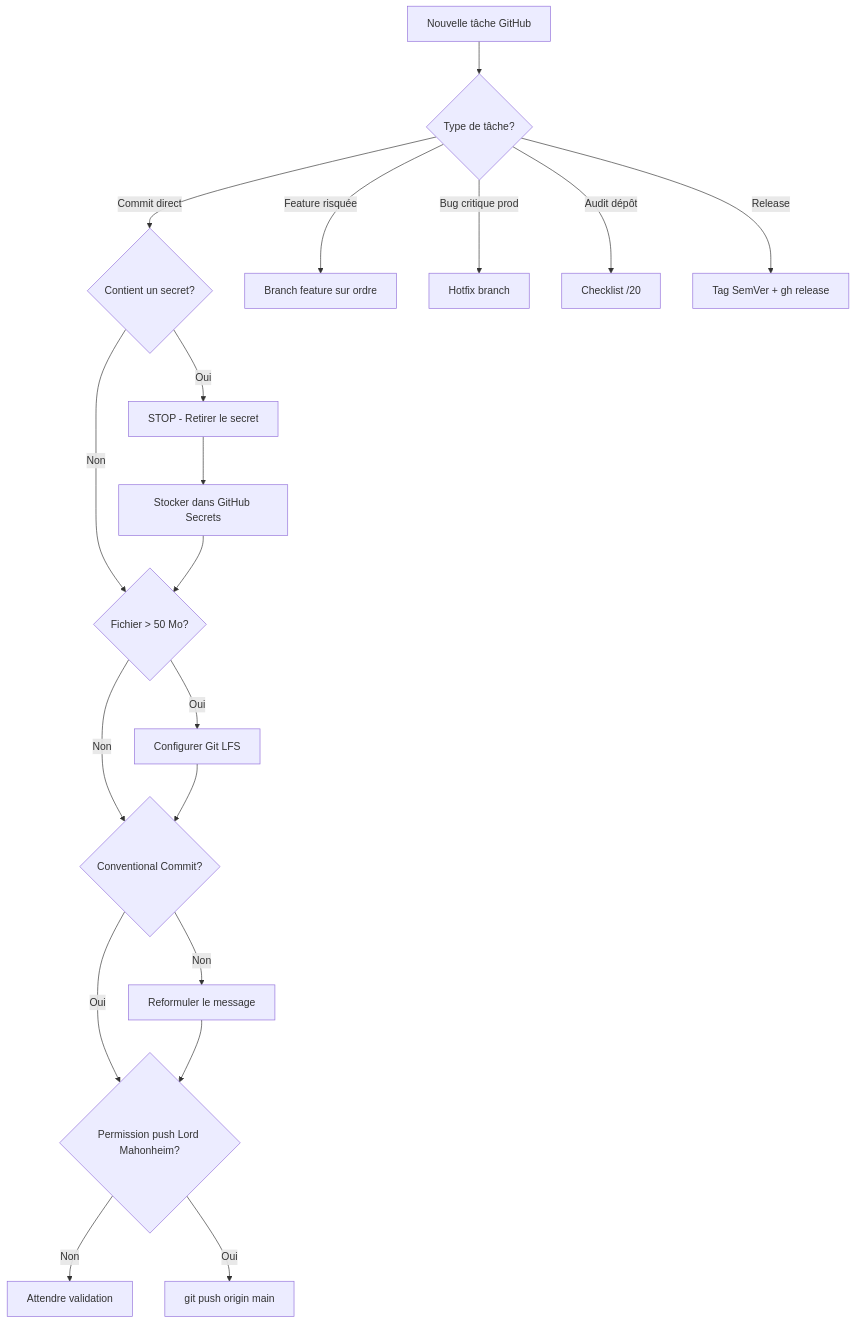
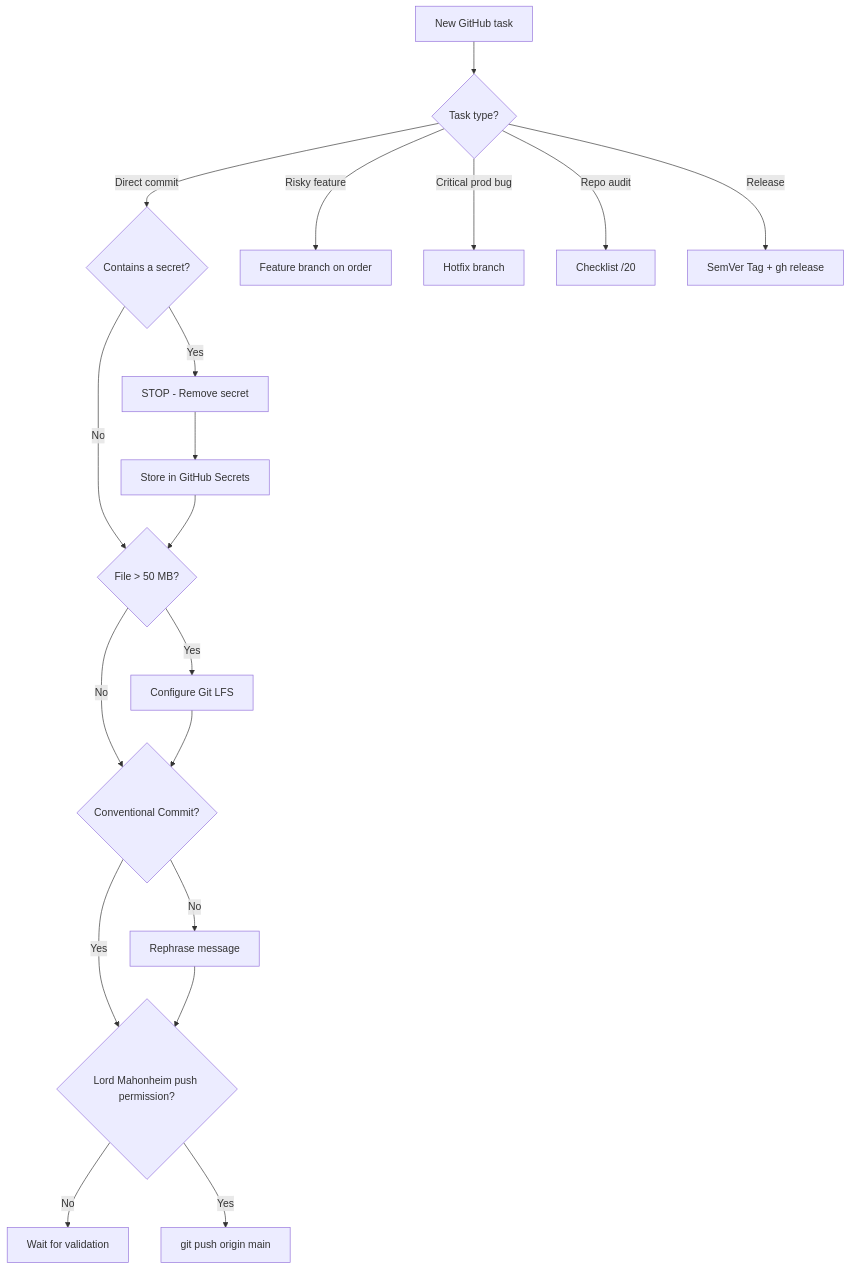
One commit to lordmahonheim-bot/Tesla-Antigravity-CLI changed the seventh of 7 diagrams in 48-Tesla-Github-MCP/tesla-github-manager/SKILL.md. Above: the diagram before and after it, drawn with Mermaid. The commit also changed other lines of this file and 1 other file, not shown here.

````diff
--- a/48-Tesla-Github-MCP/tesla-github-manager/SKILL.md
+++ b/48-Tesla-Github-MCP/tesla-github-manager/SKILL.md
@@ -998,22 +998,22 @@
 ```mermaid
 graph TD
-    A[Nouvelle tâche GitHub] --> B{Type de tâche?}
-    B -->|Commit direct| C{Contient un secret?}
-    B -->|Feature risquée| D[Branch feature sur ordre]
-    B -->|Bug critique prod| E[Hotfix branch]
-    B -->|Audit dépôt| F[Checklist /20]
-    B -->|Release| G[Tag SemVer + gh release]
+    A[New GitHub task] --> B{Task type?}
+    B -->|Direct commit| C{Contains a secret?}
+    B -->|Risky feature| D[Feature branch on order]
+    B -->|Critical prod bug| E[Hotfix branch]
+    B -->|Repo audit| F[Checklist /20]
+    B -->|Release| G[SemVer Tag + gh release]
 
-    C -->|Oui| H[STOP - Retirer le secret]
-    C -->|Non| I{Fichier > 50 Mo?}
-    H --> J[Stocker dans GitHub Secrets]
+    C -->|Yes| H[STOP - Remove secret]
+    C -->|No| I{File > 50 MB?}
+    H --> J[Store in GitHub Secrets]
     J --> I
-    I -->|Oui| K[Configurer Git LFS]
-    I -->|Non| L{Conventional Commit?}
+    I -->|Yes| K[Configure Git LFS]
+    I -->|No| L{Conventional Commit?}
     K --> L
-    L -->|Non| M[Reformuler le message]
-    L -->|Oui| N{Permission push Lord Mahonheim?}
+    L -->|No| M[Rephrase message]
+    L -->|Yes| N{Lord Mahonheim push permission?}
     M --> N
-    N -->|Non| O[Attendre validation]
-    N -->|Oui| P[git push origin main]
+    N -->|No| O[Wait for validation]
+    N -->|Yes| P[git push origin main]
 ```
````
